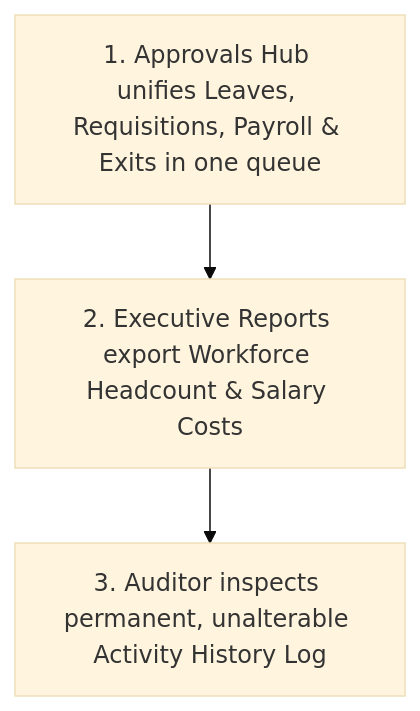
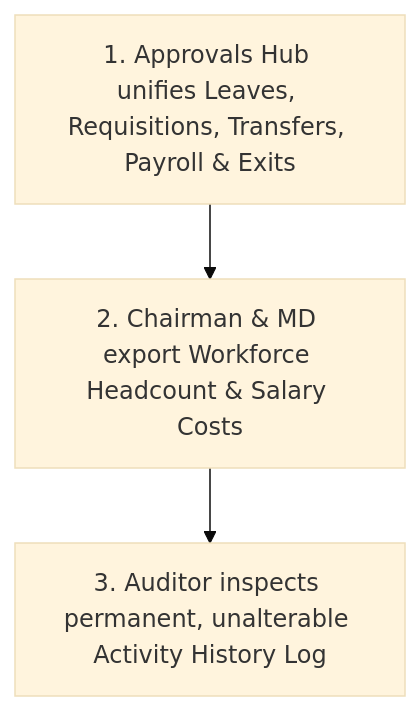
The tenth of 10 diagrams in docs/PHASE_TESTING_GUIDE.md (ViruzVerse-Solutions/hrms), drawn with Mermaid (base theme) before and after one commit. The commit also changed other lines of this file, not shown here.

````diff
--- a/docs/PHASE_TESTING_GUIDE.md
+++ b/docs/PHASE_TESTING_GUIDE.md
@@ -372,5 +392,5 @@
 ```mermaid
 flowchart TD
-    AppHub["1. Approvals Hub unifies Leaves, Requisitions, Payroll & Exits in one queue"] --> Reports["2. Executive Reports export Workforce Headcount & Salary Costs"]
+    AppHub["1. Approvals Hub unifies Leaves, Requisitions, Transfers, Payroll & Exits"] --> Reports["2. Chairman & MD export Workforce Headcount & Salary Costs"]
     Reports --> LogStream["3. Auditor inspects permanent, unalterable Activity History Log"]
 ```
````
